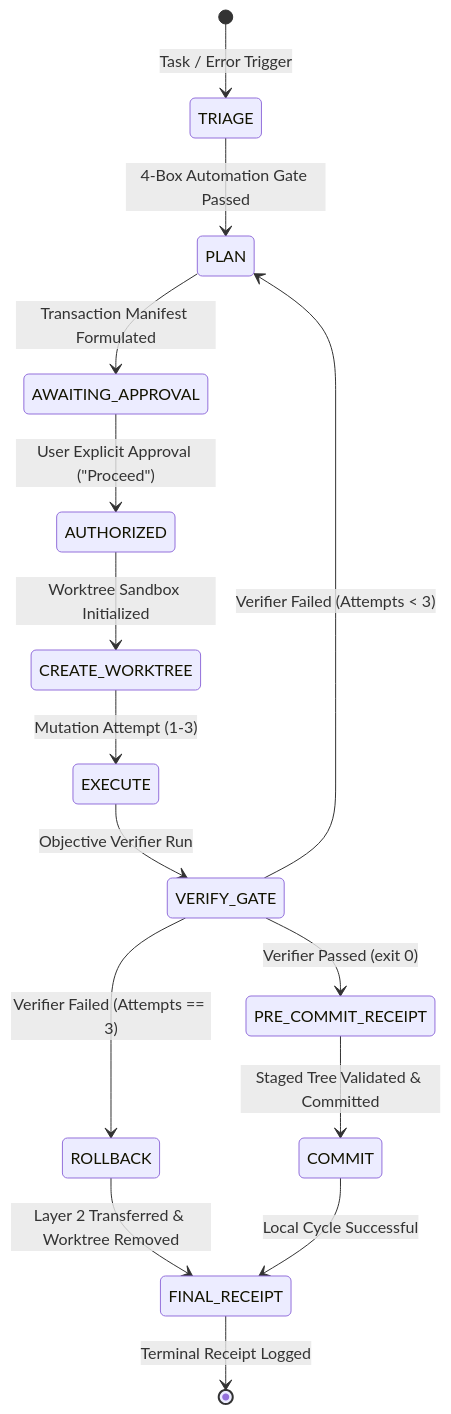
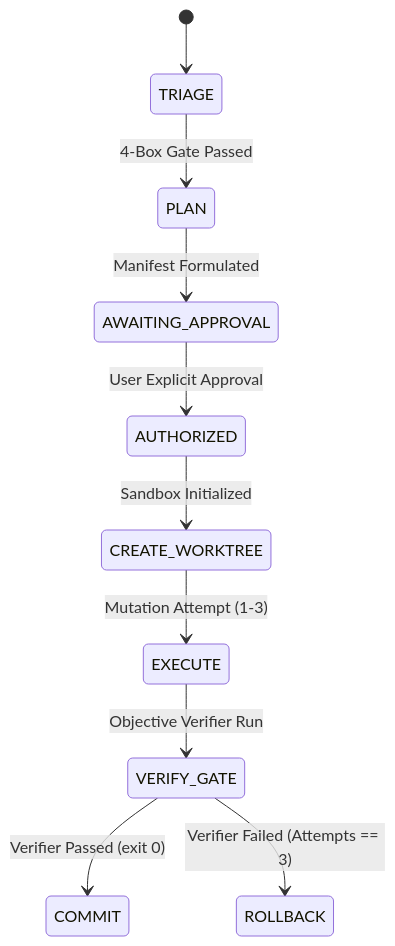
One commit to richfrem/agent-plugins-skills changed the diagram in plugins/agent-orchestration/skills/graph-execution/SKILL.md. Above: the diagram before and after it, drawn with Mermaid. The commit also changed other lines of this file and 696 other files, not shown here.

````diff
--- a/plugins/agent-orchestration/skills/graph-execution/SKILL.md
+++ b/plugins/agent-orchestration/skills/graph-execution/SKILL.md
@@ -18,17 +37,12 @@
 ```mermaid
 stateDiagram-v2
-    [*] --> TRIAGE: Task / Error Trigger
-    TRIAGE --> PLAN: 4-Box Automation Gate Passed
-    PLAN --> AWAITING_APPROVAL: Transaction Manifest Formulated
-    AWAITING_APPROVAL --> AUTHORIZED: User Explicit Approval ("Proceed")
-    AUTHORIZED --> CREATE_WORKTREE: Worktree Sandbox Initialized
+    [*] --> TRIAGE
+    TRIAGE --> PLAN: 4-Box Gate Passed
+    PLAN --> AWAITING_APPROVAL: Manifest Formulated
+    AWAITING_APPROVAL --> AUTHORIZED: User Explicit Approval
+    AUTHORIZED --> CREATE_WORKTREE: Sandbox Initialized
     CREATE_WORKTREE --> EXECUTE: Mutation Attempt (1-3)
     EXECUTE --> VERIFY_GATE: Objective Verifier Run
-    VERIFY_GATE --> PRE_COMMIT_RECEIPT: Verifier Passed (exit 0)
-    VERIFY_GATE --> PLAN: Verifier Failed (Attempts < 3)
+    VERIFY_GATE --> COMMIT: Verifier Passed (exit 0)
     VERIFY_GATE --> ROLLBACK: Verifier Failed (Attempts == 3)
-    PRE_COMMIT_RECEIPT --> COMMIT: Staged Tree Validated & Committed
-    ROLLBACK --> FINAL_RECEIPT: Layer 2 Transferred & Worktree Removed
-    COMMIT --> FINAL_RECEIPT: Local Cycle Successful
-    FINAL_RECEIPT --> [*]: Terminal Receipt Logged
 ```
````
